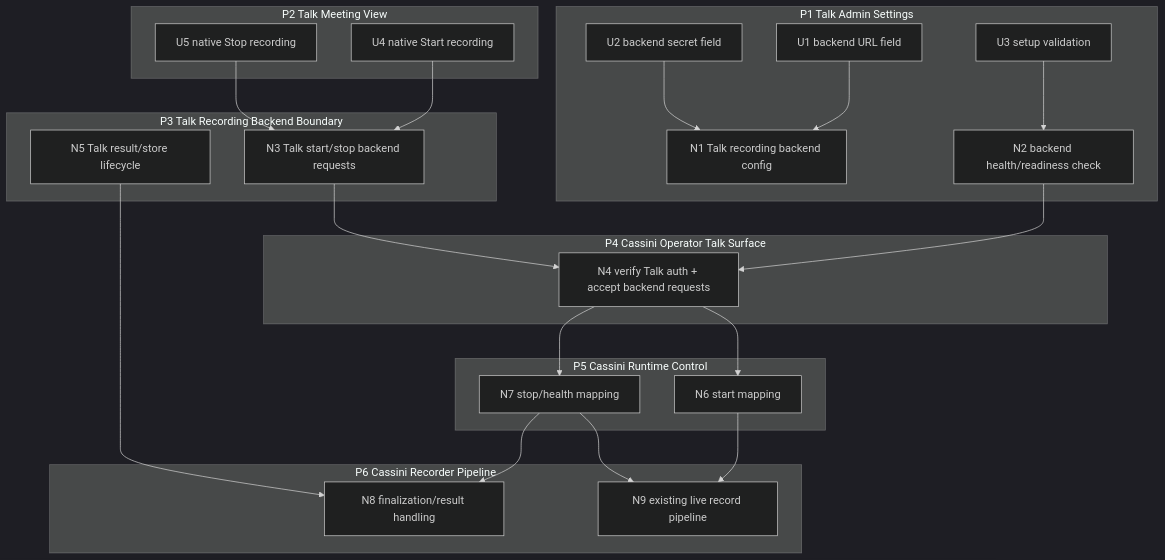
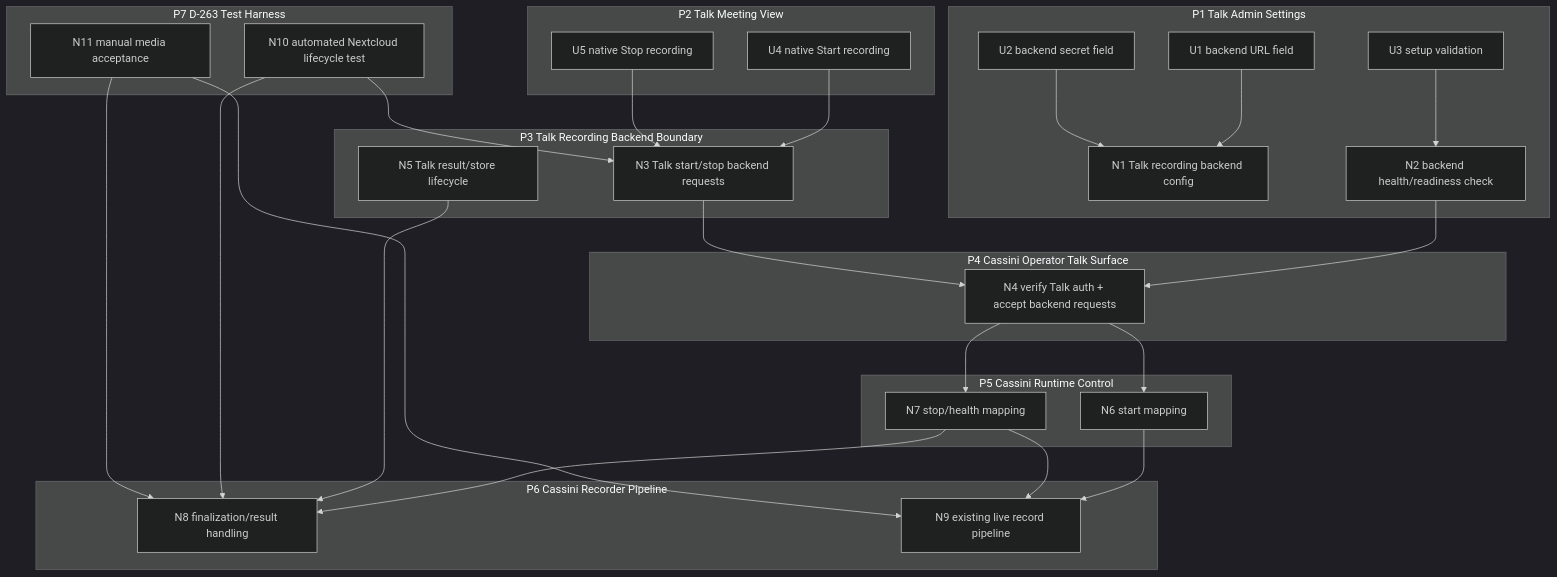
The diagram in planning/initiatives/mvp/slices/D-263-nextcloud-app-recording/breadboard.md (codemyriad/gocassini), drawn with Mermaid (dark theme) before and after one commit. The commit also changed other lines of this file and 20 other files, not shown here.

First line of the commit message:
Add Nextcloud Talk recording lifecycle harness

````diff
--- a/planning/initiatives/mvp/slices/D-263-nextcloud-app-recording/breadboard.md
+++ b/planning/initiatives/mvp/slices/D-263-nextcloud-app-recording/breadboard.md
@@ -63,50 +67,59 @@
 ```mermaid
 flowchart TD
   subgraph P1["P1 Talk Admin Settings"]
     U1["U1 backend URL field"]
     U2["U2 backend secret field"]
     U3["U3 setup validation"]
     N1["N1 Talk recording backend config"]
     N2["N2 backend health/readiness check"]
   end
 
   subgraph P2["P2 Talk Meeting View"]
     U4["U4 native Start recording"]
     U5["U5 native Stop recording"]
   end
 
   subgraph P3["P3 Talk Recording Backend Boundary"]
     N3["N3 Talk start/stop backend requests"]
     N5["N5 Talk result/store lifecycle"]
   end
 
   subgraph P4["P4 Cassini Operator Talk Surface"]
     N4["N4 verify Talk auth + accept backend requests"]
   end
 
   subgraph P5["P5 Cassini Runtime Control"]
     N6["N6 start mapping"]
     N7["N7 stop/health mapping"]
   end
 
   subgraph P6["P6 Cassini Recorder Pipeline"]
     N8["N8 finalization/result handling"]
     N9["N9 existing live record pipeline"]
   end
 
+  subgraph P7["P7 D-263 Test Harness"]
+    N10["N10 automated Nextcloud lifecycle test"]
+    N11["N11 manual media acceptance"]
+  end
+
   U1 --> N1
   U2 --> N1
   U3 --> N2
   N2 --> N4
 
   U4 --> N3
   U5 --> N3
   N3 --> N4
 
   N4 --> N6
   N4 --> N7
   N6 --> N9
   N7 --> N9
   N7 --> N8
   N5 --> N8
+  N10 --> N3
+  N10 --> N8
+  N11 --> N9
+  N11 --> N8
 ```
````
